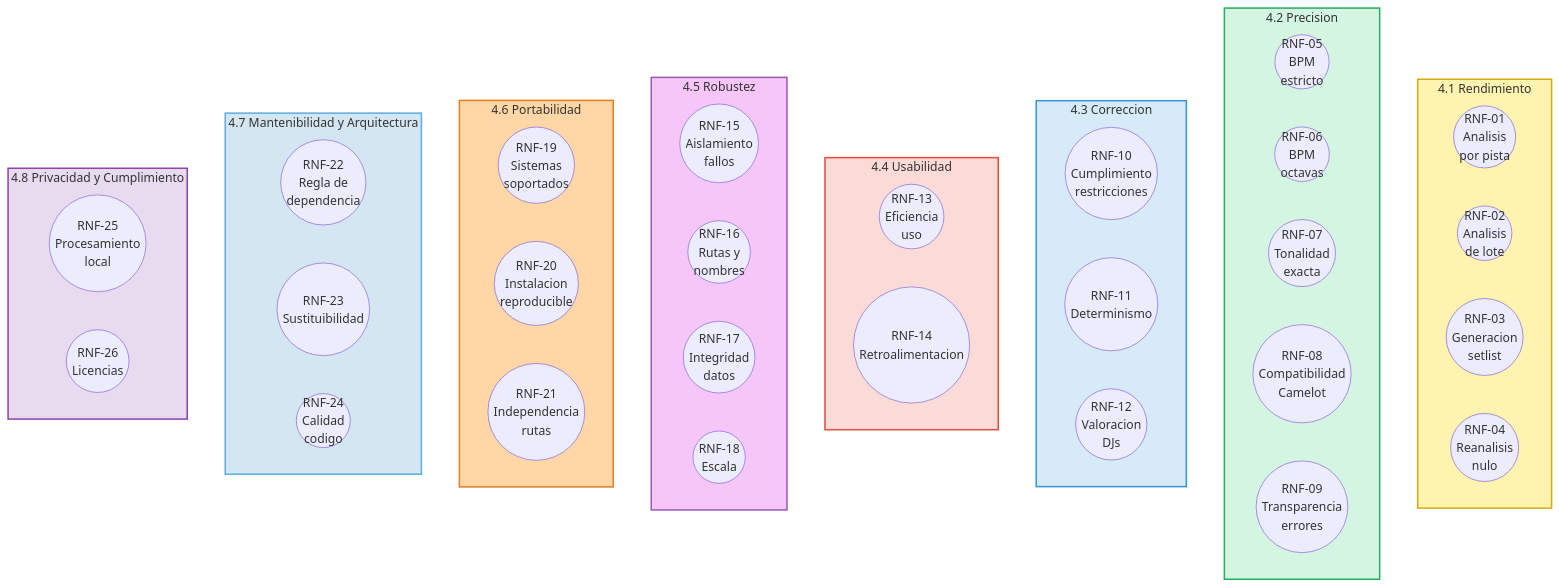
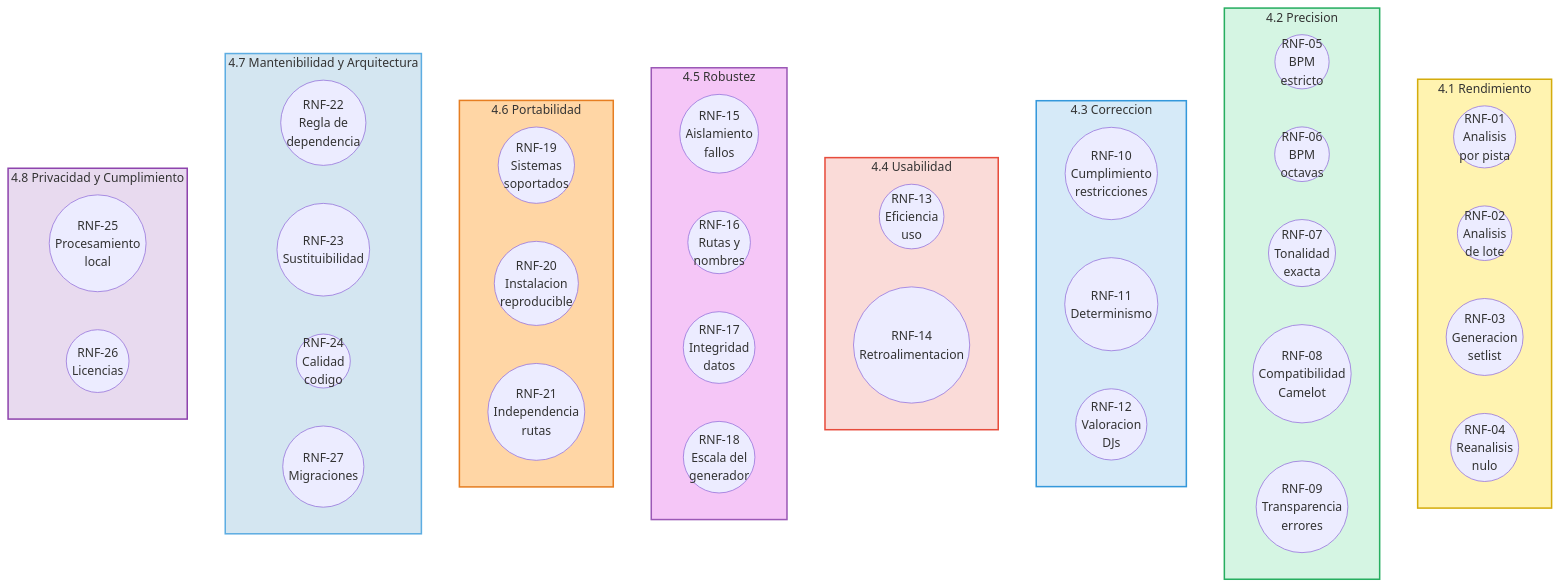
The third of 4 diagrams in docs/requirements/requirements.md (pabloo806/Trabajo-de-Fin-de-Grado), drawn with Mermaid before and after one commit. The commit also changed other lines of this file, not shown here.

````diff
--- a/docs/requirements/requirements.md
+++ b/docs/requirements/requirements.md
@@ -284,70 +306,71 @@
 ```mermaid
 flowchart TB
 
     subgraph REND["4.1 Rendimiento"]
         direction LR
         RNF01(("RNF-01<br/>Analisis<br/>por pista"))
         RNF02(("RNF-02<br/>Analisis<br/>de lote"))
         RNF03(("RNF-03<br/>Generacion<br/>setlist"))
         RNF04(("RNF-04<br/>Reanalisis<br/>nulo"))
     end
 
     subgraph PREC["4.2 Precision"]
         direction LR
         RNF05(("RNF-05<br/>BPM<br/>estricto"))
         RNF06(("RNF-06<br/>BPM<br/>octavas"))
         RNF07(("RNF-07<br/>Tonalidad<br/>exacta"))
         RNF08(("RNF-08<br/>Compatibilidad<br/>Camelot"))
         RNF09(("RNF-09<br/>Transparencia<br/>errores"))
     end
 
     subgraph CORR["4.3 Correccion"]
         direction LR
         RNF10(("RNF-10<br/>Cumplimiento<br/>restricciones"))
         RNF11(("RNF-11<br/>Determinismo"))
         RNF12(("RNF-12<br/>Valoracion<br/>DJs"))
     end
 
     subgraph USAB["4.4 Usabilidad"]
         direction LR
         RNF13(("RNF-13<br/>Eficiencia<br/>uso"))
-        RNF15(("RNF-14<br/>Retroalimentacion"))
+        RNF14(("RNF-14<br/>Retroalimentacion"))
     end
 
     subgraph ROB["4.5 Robustez"]
         direction LR
-        RNF16(("RNF-15<br/>Aislamiento<br/>fallos"))
-        RNF17(("RNF-16<br/>Rutas y<br/>nombres"))
-        RNF18(("RNF-17<br/>Integridad<br/>datos"))
-        RNF19(("RNF-18<br/>Escala"))
+        RNF15(("RNF-15<br/>Aislamiento<br/>fallos"))
+        RNF16(("RNF-16<br/>Rutas y<br/>nombres"))
+        RNF17(("RNF-17<br/>Integridad<br/>datos"))
+        RNF18(("RNF-18<br/>Escala del<br/>generador"))
     end
 
     subgraph PORT["4.6 Portabilidad"]
         direction LR
-        RNF20(("RNF-19<br/>Sistemas<br/>soportados"))
-        RNF21(("RNF-20<br/>Instalacion<br/>reproducible"))
-        RNF22(("RNF-21<br/>Independencia<br/>rutas"))
+        RNF19(("RNF-19<br/>Sistemas<br/>soportados"))
+        RNF20(("RNF-20<br/>Instalacion<br/>reproducible"))
+        RNF21(("RNF-21<br/>Independencia<br/>rutas"))
     end
 
     subgraph ARQ["4.7 Mantenibilidad y Arquitectura"]
         direction LR
-        RNF23(("RNF-22<br/>Regla de<br/>dependencia"))
-        RNF24(("RNF-23<br/>Sustituibilidad"))
-        RNF25(("RNF-24<br/>Calidad<br/>codigo"))
+        RNF22(("RNF-22<br/>Regla de<br/>dependencia"))
+        RNF23(("RNF-23<br/>Sustituibilidad"))
+        RNF24(("RNF-24<br/>Calidad<br/>codigo"))
+        RNF27(("RNF-27<br/>Migraciones"))
     end
 
     subgraph PRIV["4.8 Privacidad y Cumplimiento"]
         direction LR
-        RNF26(("RNF-25<br/>Procesamiento<br/>local"))
-        RNF27(("RNF-26<br/>Licencias"))
+        RNF25(("RNF-25<br/>Procesamiento<br/>local"))
+        RNF26(("RNF-26<br/>Licencias"))
     end
 
     style REND fill:#FFF3B0,stroke:#D4AC0D,stroke-width:2px
     style PREC fill:#D5F5E3,stroke:#27AE60,stroke-width:2px
     style CORR fill:#D6EAF8,stroke:#3498DB,stroke-width:2px
     style USAB fill:#FADBD8,stroke:#E74C3C,stroke-width:2px
     style ROB fill:#F5C6F7,stroke:#9B59B6,stroke-width:2px
     style PORT fill:#FFD6A5,stroke:#E67E22,stroke-width:2px
     style ARQ fill:#D4E6F1,stroke:#5DADE2,stroke-width:2px
     style PRIV fill:#E8DAEF,stroke:#8E44AD,stroke-width:2px
 ```
````
